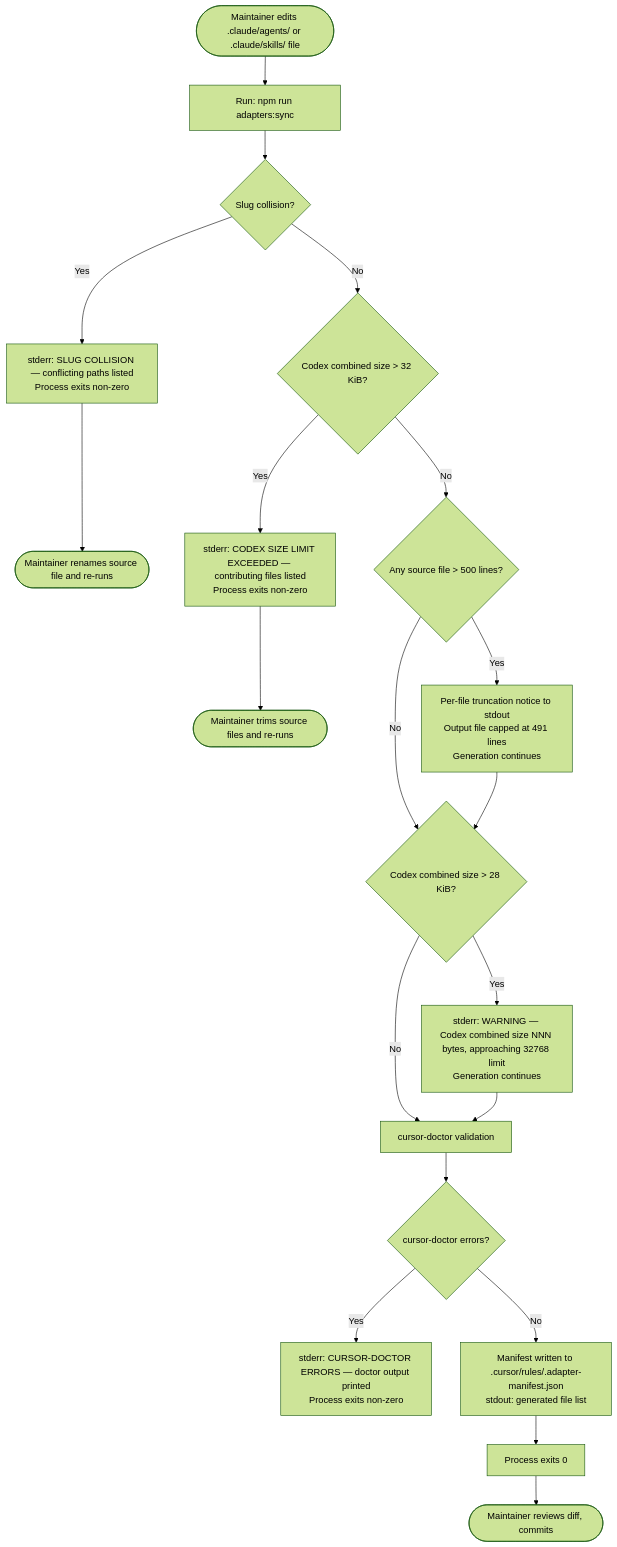
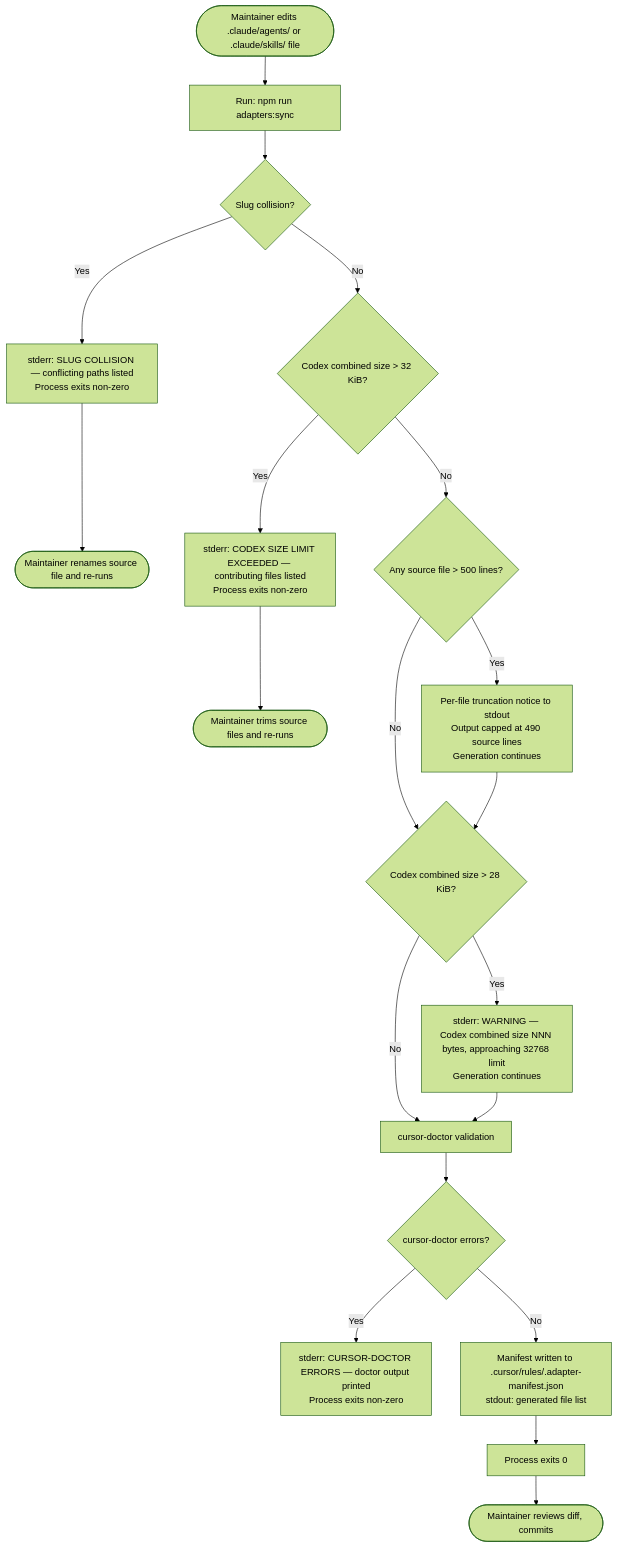
Before and after one commit to Luis85/agentic-workflow: the first of 4 diagrams in specs/multi-framework-adapters/design.md, drawn with Mermaid (forest theme). The commit also changed other lines of this file and 2 other files, not shown here.

First line of the commit message:
fix(adapters): correct truncation line-cap arithmetic (P1 Codex finding)

````diff
--- a/specs/multi-framework-adapters/design.md
+++ b/specs/multi-framework-adapters/design.md
@@ -53,22 +53,22 @@
 ```mermaid
 flowchart TD
     A([Maintainer edits .claude/agents/ or .claude/skills/ file]) --> B[Run: npm run adapters:sync]
     B --> C{Slug collision?}
     C -- Yes --> D[stderr: SLUG COLLISION — conflicting paths listed\nProcess exits non-zero]
     D --> E([Maintainer renames source file and re-runs])
     C -- No --> F{Codex combined size > 32 KiB?}
     F -- Yes --> G[stderr: CODEX SIZE LIMIT EXCEEDED — contributing files listed\nProcess exits non-zero]
     G --> H([Maintainer trims source files and re-runs])
     F -- No --> I{Any source file > 500 lines?}
-    I -- Yes --> J[Per-file truncation notice to stdout\nOutput file capped at 491 lines\nGeneration continues]
+    I -- Yes --> J[Per-file truncation notice to stdout\nOutput capped at 490 source lines\nGeneration continues]
     I -- No --> K{Codex combined size > 28 KiB?}
     J --> K
     K -- Yes --> L[stderr: WARNING — Codex combined size NNN bytes, approaching 32768 limit\nGeneration continues]
     K -- No --> M[cursor-doctor validation]
     L --> M
     M --> N{cursor-doctor errors?}
     N -- Yes --> O[stderr: CURSOR-DOCTOR ERRORS — doctor output printed\nProcess exits non-zero]
     N -- No --> P[Manifest written to .cursor/rules/.adapter-manifest.json\nstdout: generated file list]
     P --> Q[Process exits 0]
     Q --> R([Maintainer reviews diff, commits])
 ```
````
